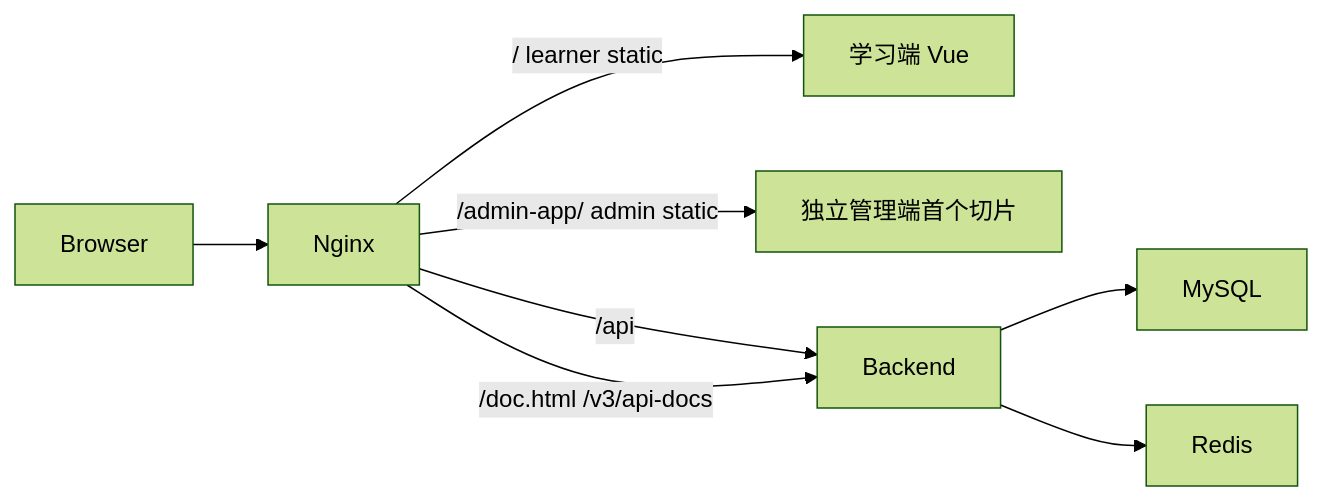
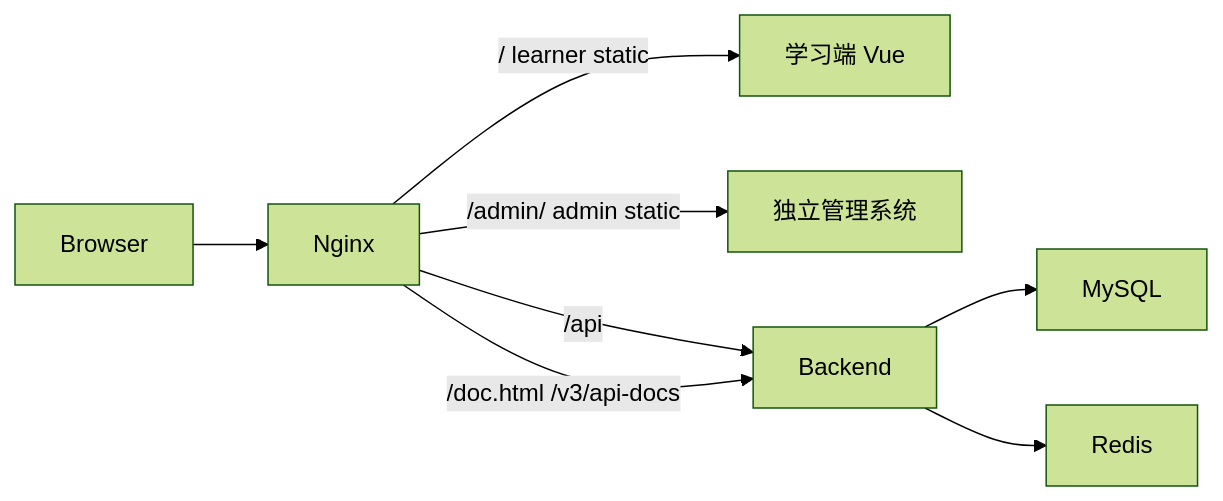
One commit to umico8832/LearnPlatform changed the diagram in docs/architecture/deployment.md. Above: the diagram before and after it, drawn with Mermaid (forest theme). The commit also changed other lines of this file and 14 other files, not shown here.

````diff
--- a/docs/architecture/deployment.md
+++ b/docs/architecture/deployment.md
@@ -19,10 +19,10 @@
 ```mermaid
 flowchart LR
     Browser --> Nginx
     Nginx -->|/ learner static| Learner["学习端 Vue"]
-    Nginx -->|/admin-app/ admin static| Admin["独立管理端首个切片"]
+    Nginx -->|/admin/ admin static| Admin["独立管理系统"]
     Nginx -->|/api| Backend
     Nginx -->|/doc.html /v3/api-docs| Backend
     Backend --> MySQL
     Backend --> Redis
 ```
````
